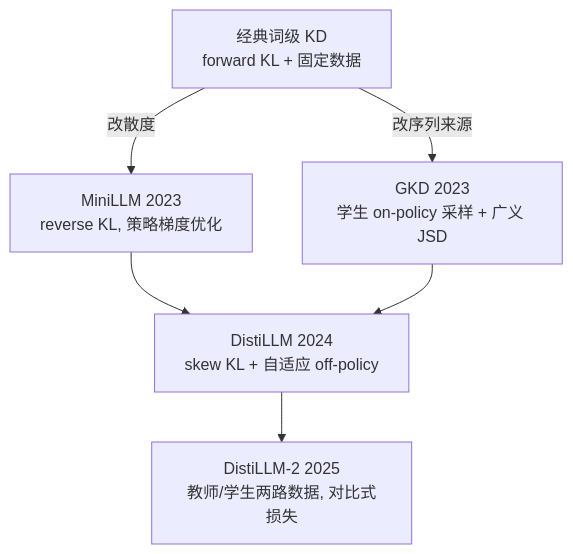
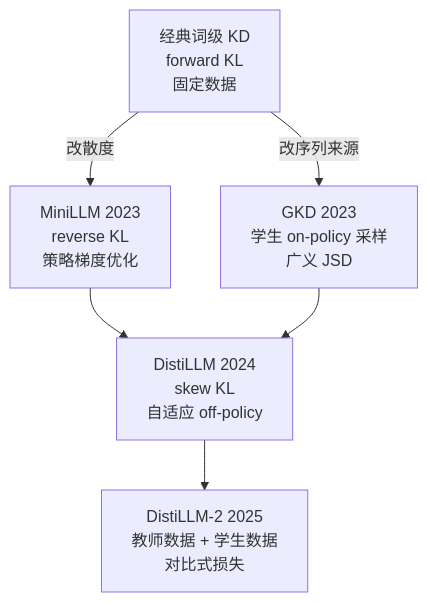
The diagram in docs/distillation/white-box.md (BrenchCC/llm-compass), drawn with Mermaid before and after one commit.

Commit message:
fix: improve flowchart formatting and clarity in white-box distillation documentation

````diff
--- a/docs/distillation/white-box.md
+++ b/docs/distillation/white-box.md
@@ -23,8 +23,14 @@
 ```mermaid
 flowchart TD
-    KD[经典词级 KD<br/>forward KL + 固定数据] -->|改散度| MINI[MiniLLM 2023<br/>reverse KL, 策略梯度优化]
-    KD -->|改序列来源| GKD[GKD 2023<br/>学生 on-policy 采样 + 广义 JSD]
-    MINI --> DLLM[DistiLLM 2024<br/>skew KL + 自适应 off-policy]
+    KD["经典词级 KD<br>forward KL<br>固定数据"]
+    MINI["MiniLLM 2023<br>reverse KL<br>策略梯度优化"]
+    GKD["GKD 2023<br>学生 on-policy 采样<br>广义 JSD"]
+    DLLM["DistiLLM 2024<br>skew KL<br>自适应 off-policy"]
+    DLLM2["DistiLLM-2 2025<br>教师数据 + 学生数据<br>对比式损失"]
+
+    KD -->|"改散度"| MINI
+    KD -->|"改序列来源"| GKD
+    MINI --> DLLM
     GKD --> DLLM
-    DLLM --> DLLM2[DistiLLM-2 2025<br/>教师/学生两路数据, 对比式损失]
+    DLLM --> DLLM2
 ```
````
